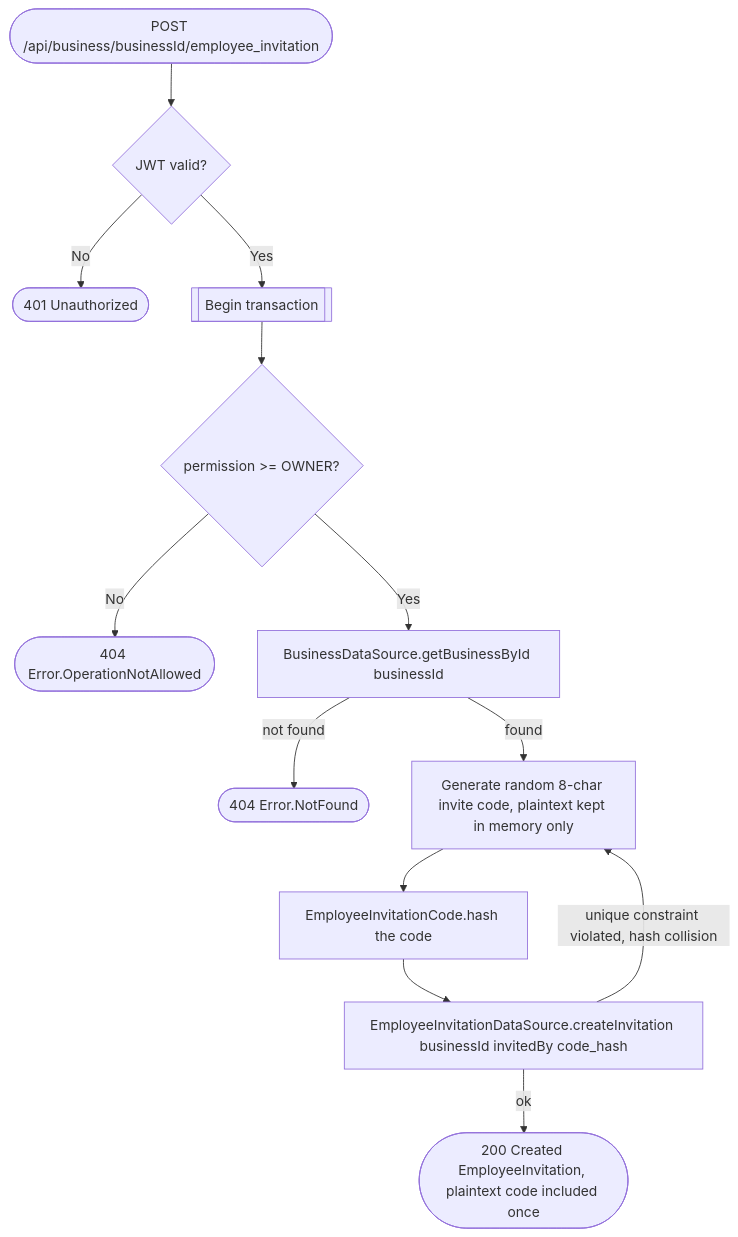
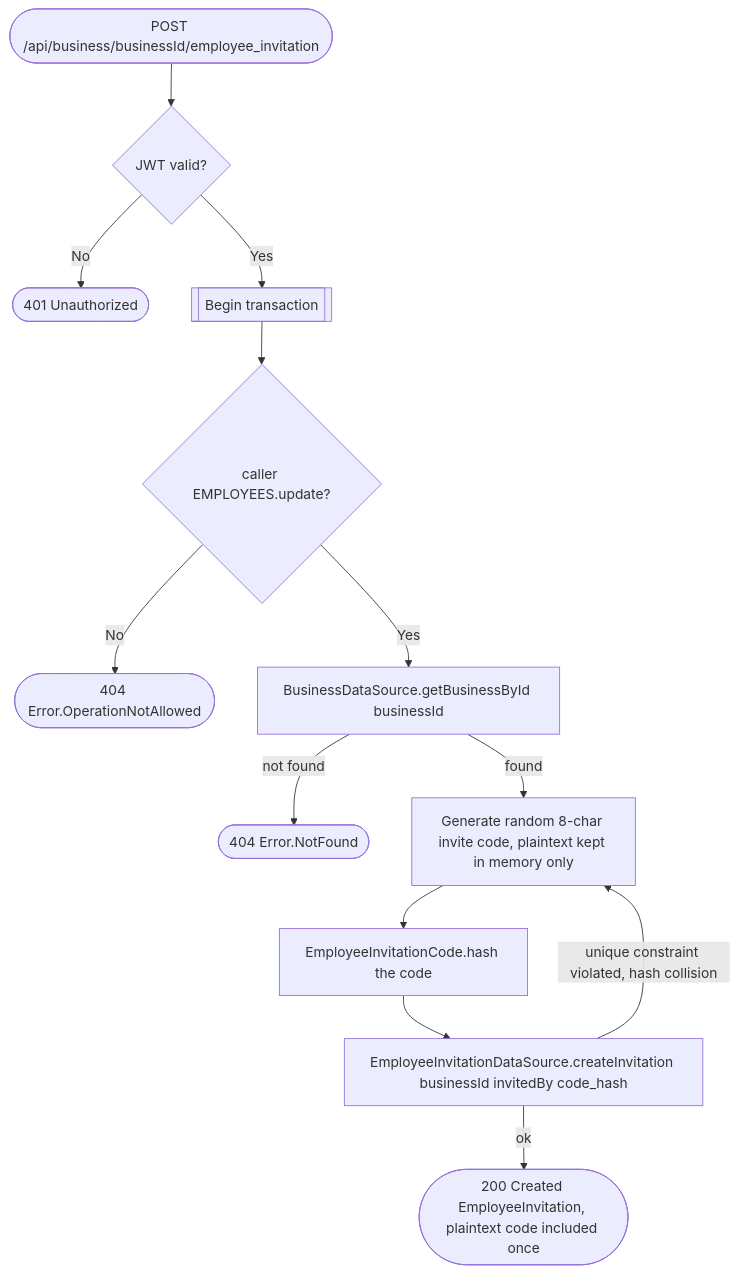
One commit to an22/bookk.me-backend changed the diagram in docs/operations/business/create-employee-invitation.md. Above: the diagram before and after it, drawn with Mermaid. The commit also changed other lines of this file and 157 other files, not shown here.

````diff
--- a/docs/operations/business/create-employee-invitation.md
+++ b/docs/operations/business/create-employee-invitation.md
@@ -36,15 +35,15 @@
 ```mermaid
 flowchart TD
     Start([POST /api/business/businessId/employee_invitation]) --> Auth{JWT valid?}
     Auth -- No --> R401([401 Unauthorized])
     Auth -- Yes --> Tx[[Begin transaction]]
-    Tx --> Perm{permission >= OWNER?}
+    Tx --> Perm{caller EMPLOYEES.update?}
     Perm -- No --> R404a([404 Error.OperationNotAllowed])
     Perm -- Yes --> GetBiz[BusinessDataSource.getBusinessById businessId]
     GetBiz -- not found --> R404b([404 Error.NotFound])
     GetBiz -- found --> GenCode[Generate random 8-char invite code, plaintext kept in memory only]
     GenCode --> HashCode[EmployeeInvitationCode.hash the code]
     HashCode --> CreateInvite[EmployeeInvitationDataSource.createInvitation businessId invitedBy code_hash]
     CreateInvite -- unique constraint violated, hash collision --> GenCode
     CreateInvite -- ok --> R200([200 Created EmployeeInvitation, plaintext code included once])
 ```
````
